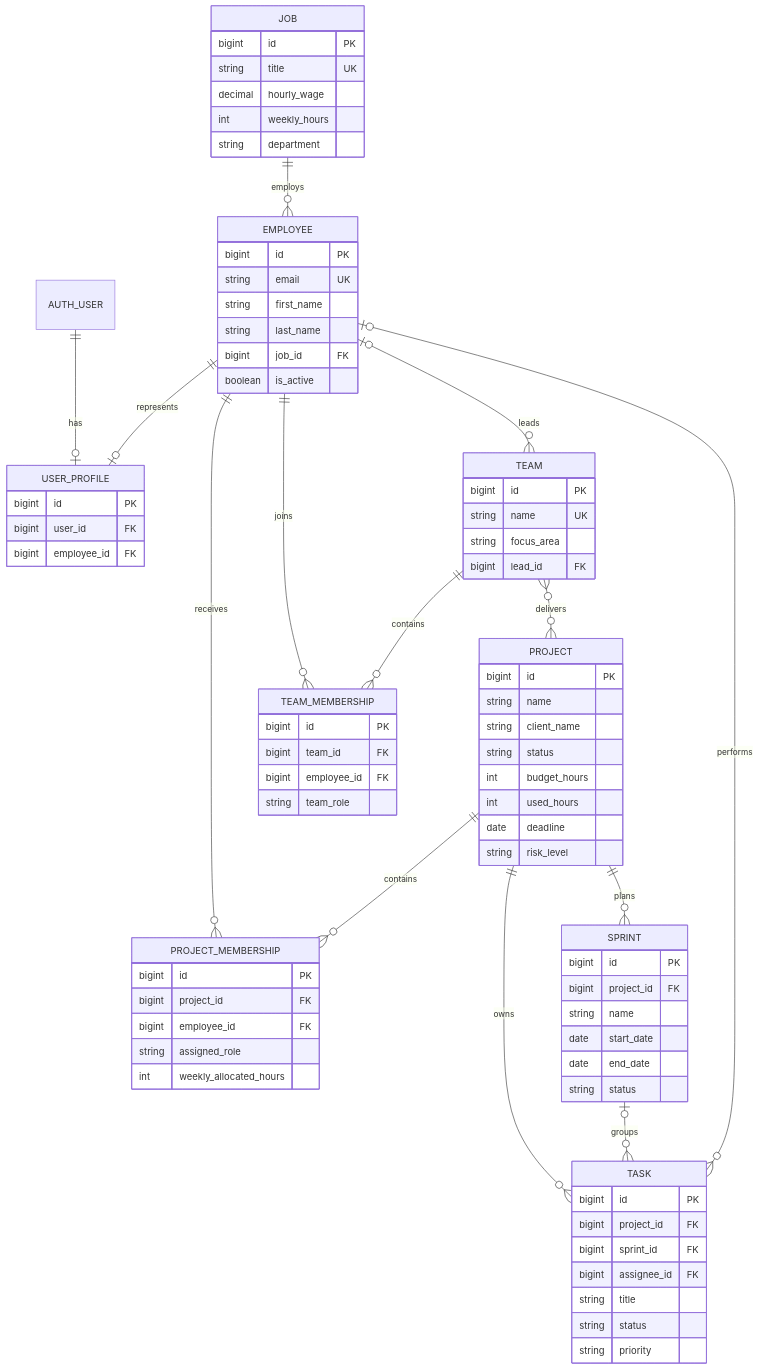
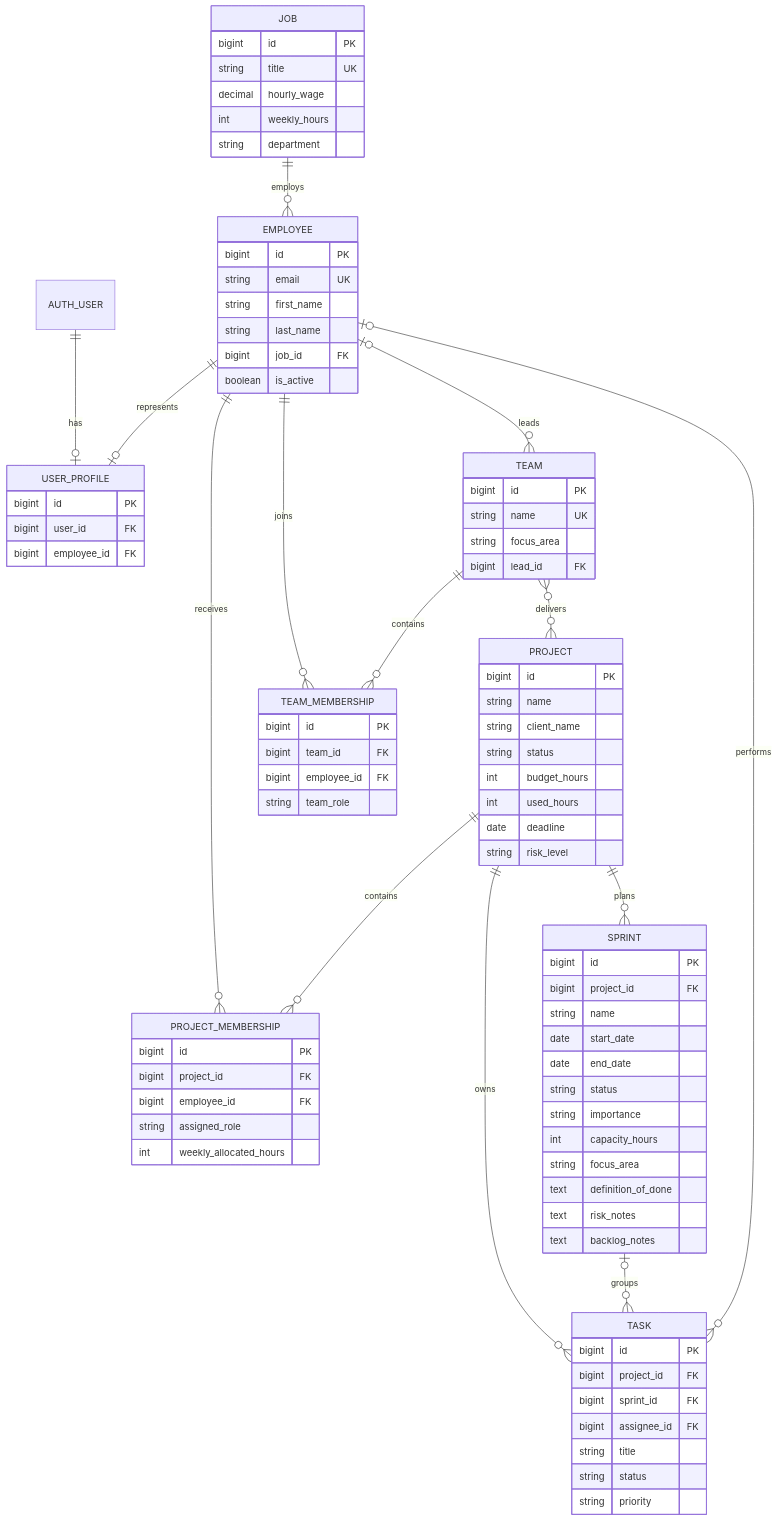
The diagram in docs/database-design.md (AlessioGoriITS/react-TaaS-Pulse), drawn with Mermaid before and after one commit. The commit also changed other lines of this file and 39 other files, not shown here.

```diff
--- a/docs/database-design.md
+++ b/docs/database-design.md
@@ -71,6 +71,12 @@
         date start_date
         date end_date
         string status
+        string importance
+        int capacity_hours
+        string focus_area
+        text definition_of_done
+        text risk_notes
+        text backlog_notes
     }
     TASK {
         bigint id PK
```
